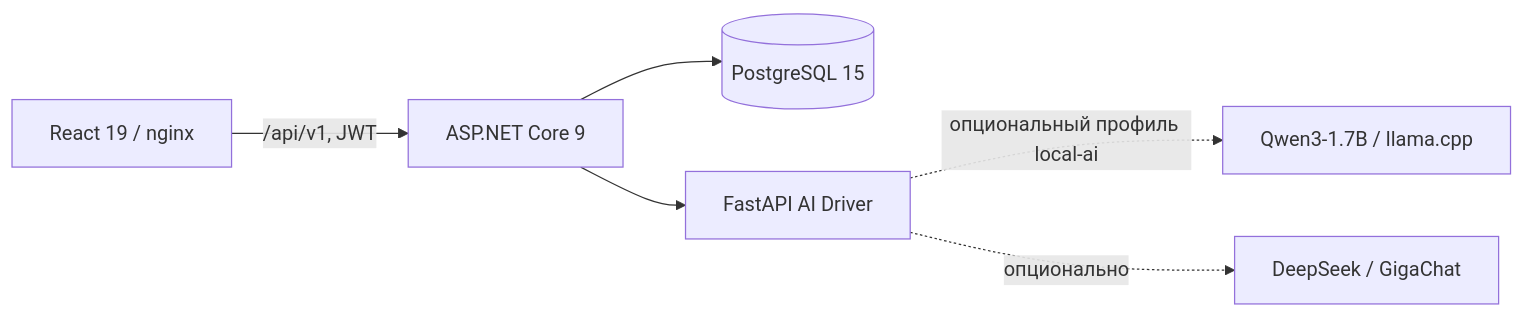
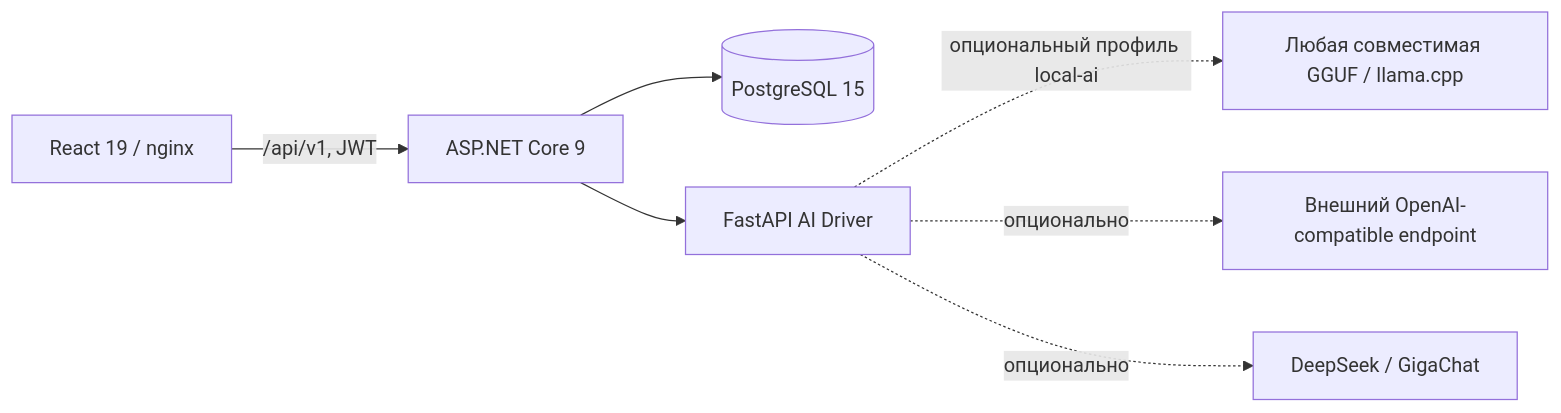
Before and after one commit to sqtwix/ai-education-mentor: the diagram in README.md, drawn with Mermaid. The commit also changed other lines of this file and 35 other files, not shown here.

````diff
--- a/README.md
+++ b/README.md
@@ -77,8 +77,9 @@
 ```mermaid
 flowchart LR
     U["React 19 / nginx"] -->|"/api/v1, JWT"| A["ASP.NET Core 9"]
     A --> P[("PostgreSQL 15")]
     A --> D["FastAPI AI Driver"]
-    D -. "опциональный профиль local-ai" .-> Q["Qwen3-1.7B / llama.cpp"]
+    D -. "опциональный профиль local-ai" .-> Q["Любая совместимая GGUF / llama.cpp"]
+    D -. "опционально" .-> E["Внешний OpenAI-compatible endpoint"]
     D -. "опционально" .-> C["DeepSeek / GigaChat"]
 ```
````
